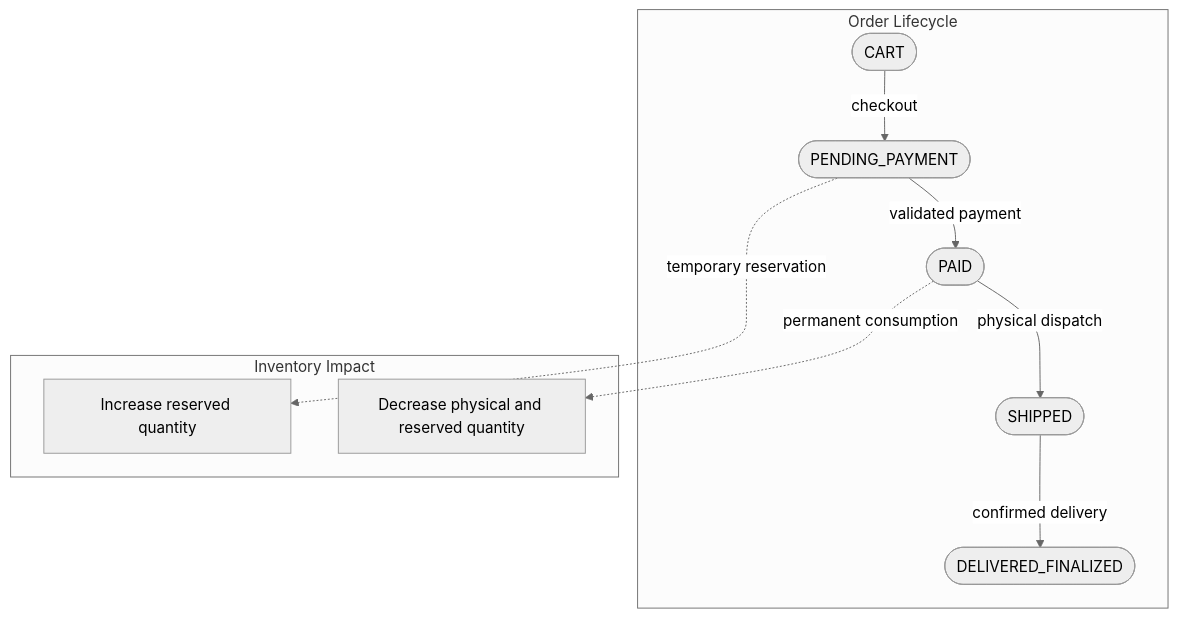
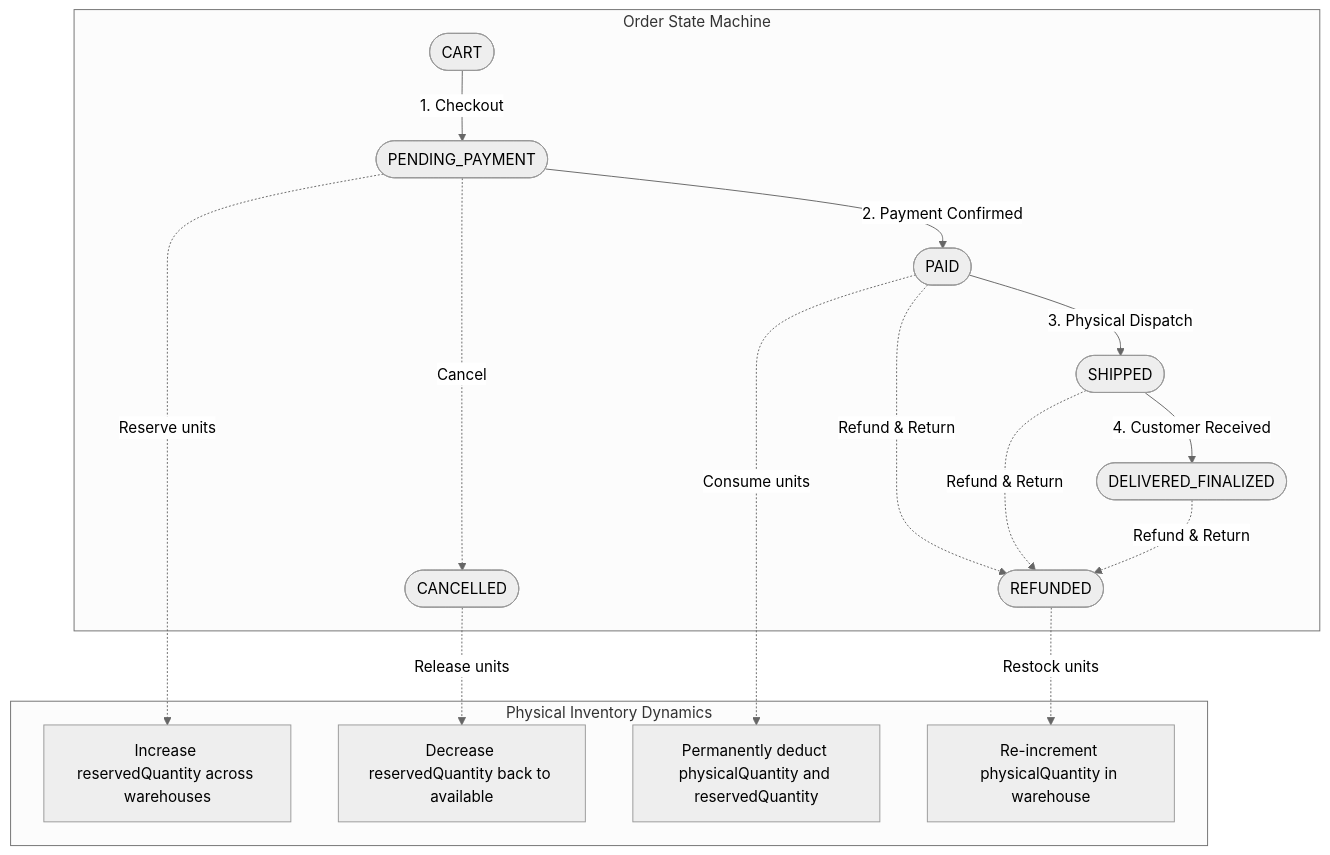
Before and after one commit to Zerefw/Nexux_MarketPlace: the diagram in README.md, drawn with Mermaid (neutral theme). The commit also changed other lines of this file and 60 other files, not shown here.

````diff
--- a/README.md
+++ b/README.md
@@ -55,14 +66,20 @@
 ```mermaid
 flowchart TD
-    subgraph OrderLifecycle [Order Lifecycle]
-        A([CART]) -->|checkout| B([PENDING_PAYMENT])
-        B -->|validated payment| C([PAID])
-        C -->|physical dispatch| D([SHIPPED])
-        D -->|confirmed delivery| E([DELIVERED_FINALIZED])
+    subgraph OrderLifecycle [Order State Machine]
+        A([CART]) -->|1. Checkout| B([PENDING_PAYMENT])
+        B -->|2. Payment Confirmed| C([PAID])
+        C -->|3. Physical Dispatch| D([SHIPPED])
+        D -->|4. Customer Received| E([DELIVERED_FINALIZED])
+        B -.->|Cancel| X([CANCELLED])
+        C -.->|Refund & Return| Y([REFUNDED])
+        D -.->|Refund & Return| Y
+        E -.->|Refund & Return| Y
     end
 
-    subgraph InventoryImpact [Inventory Impact]
-        B -.->|temporary reservation| R[Increase reserved quantity]
-        C -.->|permanent consumption| C2[Decrease physical and reserved quantity]
+    subgraph InventoryImpact [Physical Inventory Dynamics]
+        B -.->|Reserve units| R[Increase reservedQuantity across warehouses]
+        X -.->|Release units| RL[Decrease reservedQuantity back to available]
+        C -.->|Consume units| CS[Permanently deduct physicalQuantity and reservedQuantity]
+        Y -.->|Restock units| RS[Re-increment physicalQuantity in warehouse]
     end
 ```
````
